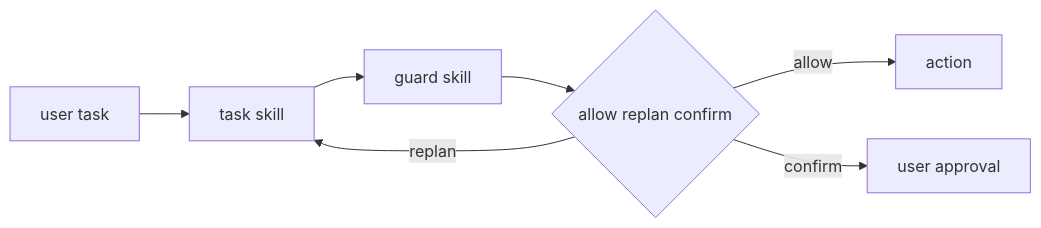
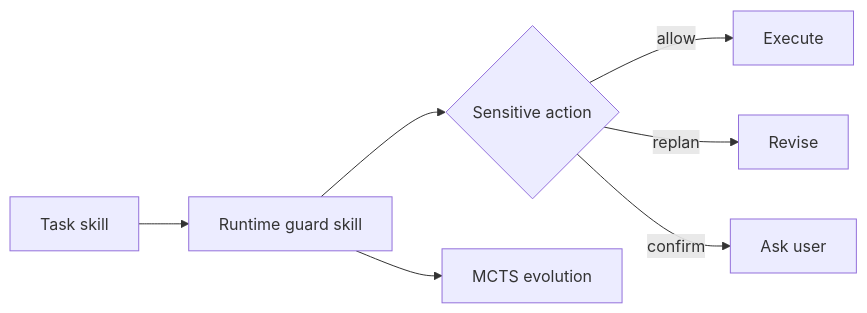
One commit to Solvement/jarvis-digest changed the third of 18 diagrams in digests/2026-09-02.md. Above: the diagram before and after it, drawn with Mermaid. The commit also changed other lines of this file and 4 other files, not shown here.

````diff
--- a/digests/2026-09-02.md
+++ b/digests/2026-09-02.md
@@ -86,9 +85,9 @@
 ```mermaid
 graph LR
-A[user task] --> B[task skill]
-B --> C[guard skill]
-C --> D{allow replan confirm}
-D -->|allow| E[action]
-D -->|replan| B
-D -->|confirm| F[user approval]
+A[Task skill] --> B[Runtime guard skill]
+B --> C{Sensitive action}
+C -->|allow| D[Execute]
+C -->|replan| E[Revise]
+C -->|confirm| F[Ask user]
+B --> G[MCTS evolution]
 ```
````
